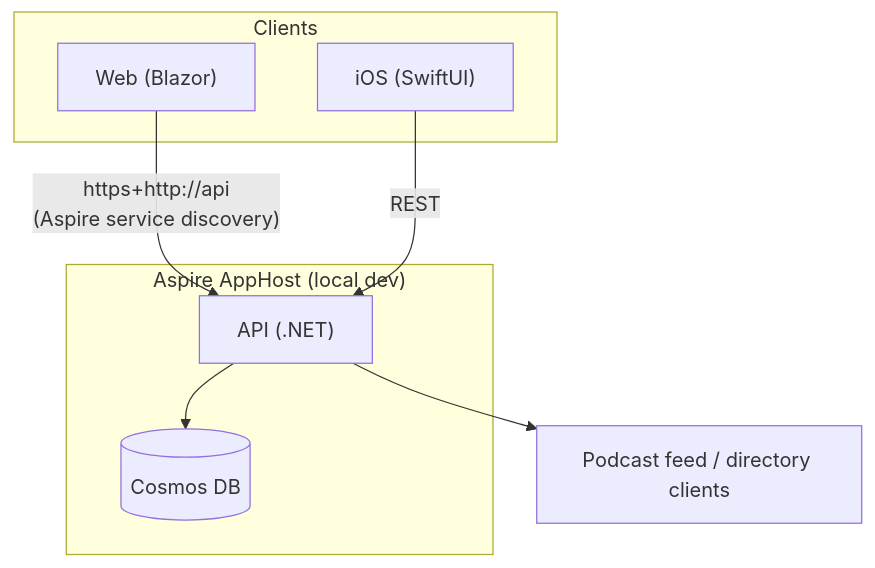
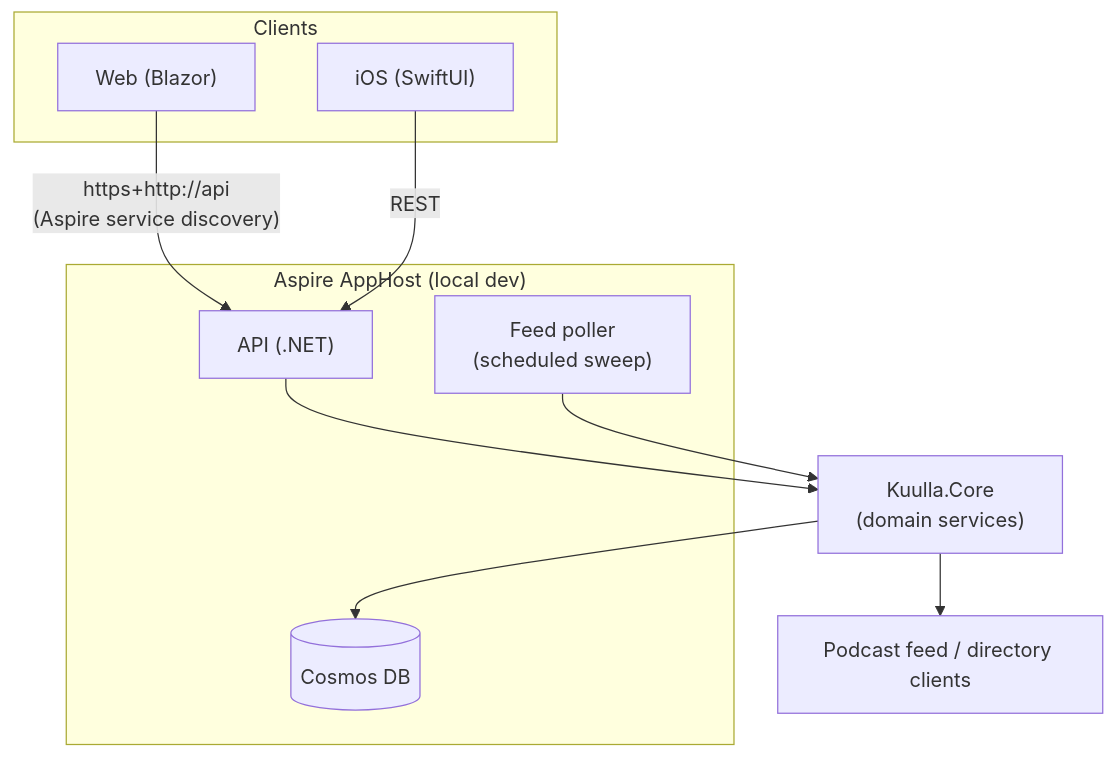
The first of 3 diagrams in README.md (two4suited/kuulla), drawn with Mermaid before and after one commit. The commit also changed other lines of this file and 3 other files, not shown here.

First line of the commit message:
Refresh README: shipped features, updated architecture, screenshots

````diff
--- a/README.md
+++ b/README.md
@@ -28,18 +37,22 @@
 ```mermaid
 graph TD
     subgraph Clients
         Web["Web (Blazor)"]
         iOS["iOS (SwiftUI)"]
     end
 
     Web -->|"https+http://api\n(Aspire service discovery)"| API
     iOS -->|REST| API["API (.NET)"]
 
-    API --> Cosmos[("Cosmos DB")]
-    API --> Feeds["Podcast feed / directory clients"]
+    API --> Core["Kuulla.Core\n(domain services)"]
+    Core --> Cosmos[("Cosmos DB")]
+    Core --> Feeds["Podcast feed / directory clients"]
+
+    Poller["Feed poller\n(scheduled sweep)"] --> Core
 
     subgraph Aspire["Aspire AppHost (local dev)"]
         API
+        Poller
         Cosmos
     end
 ```
````
